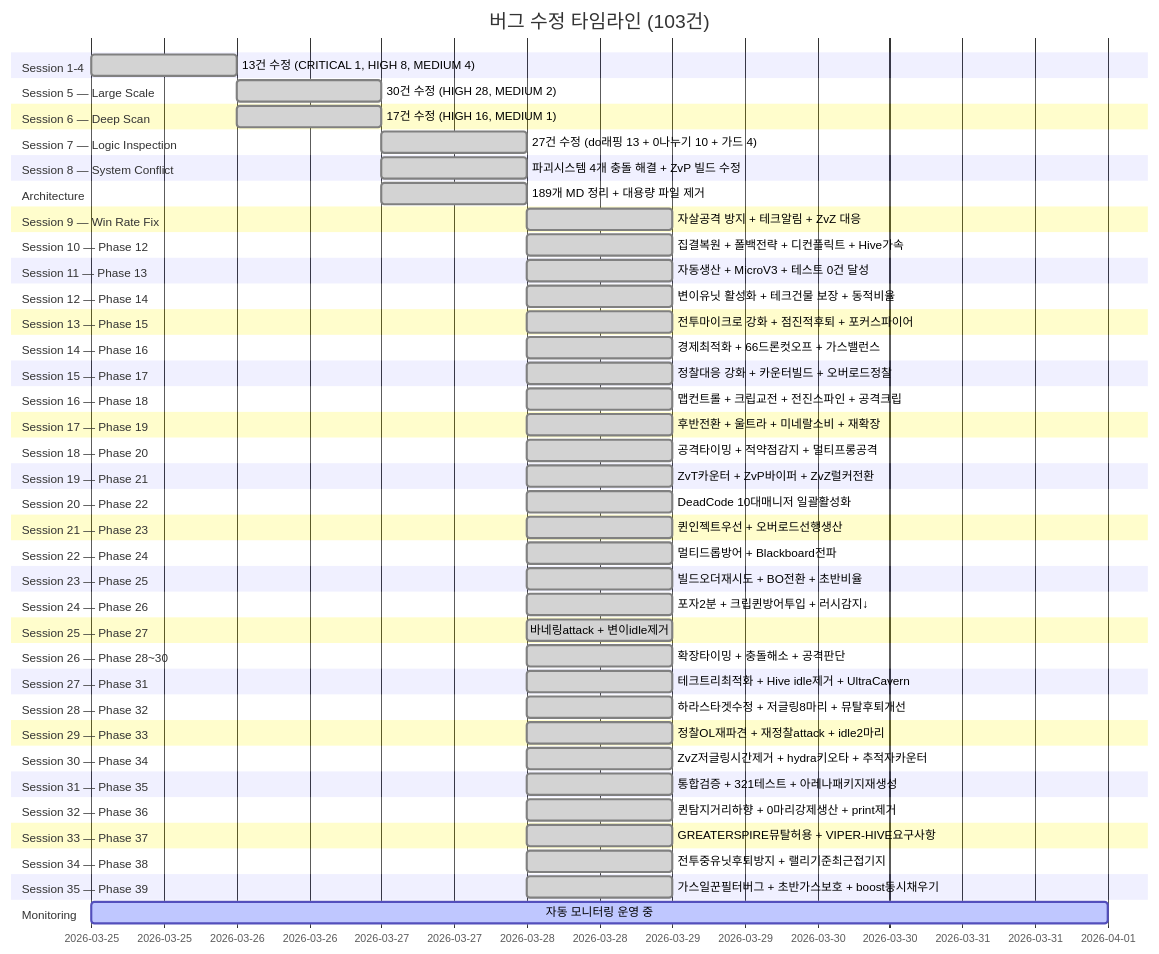
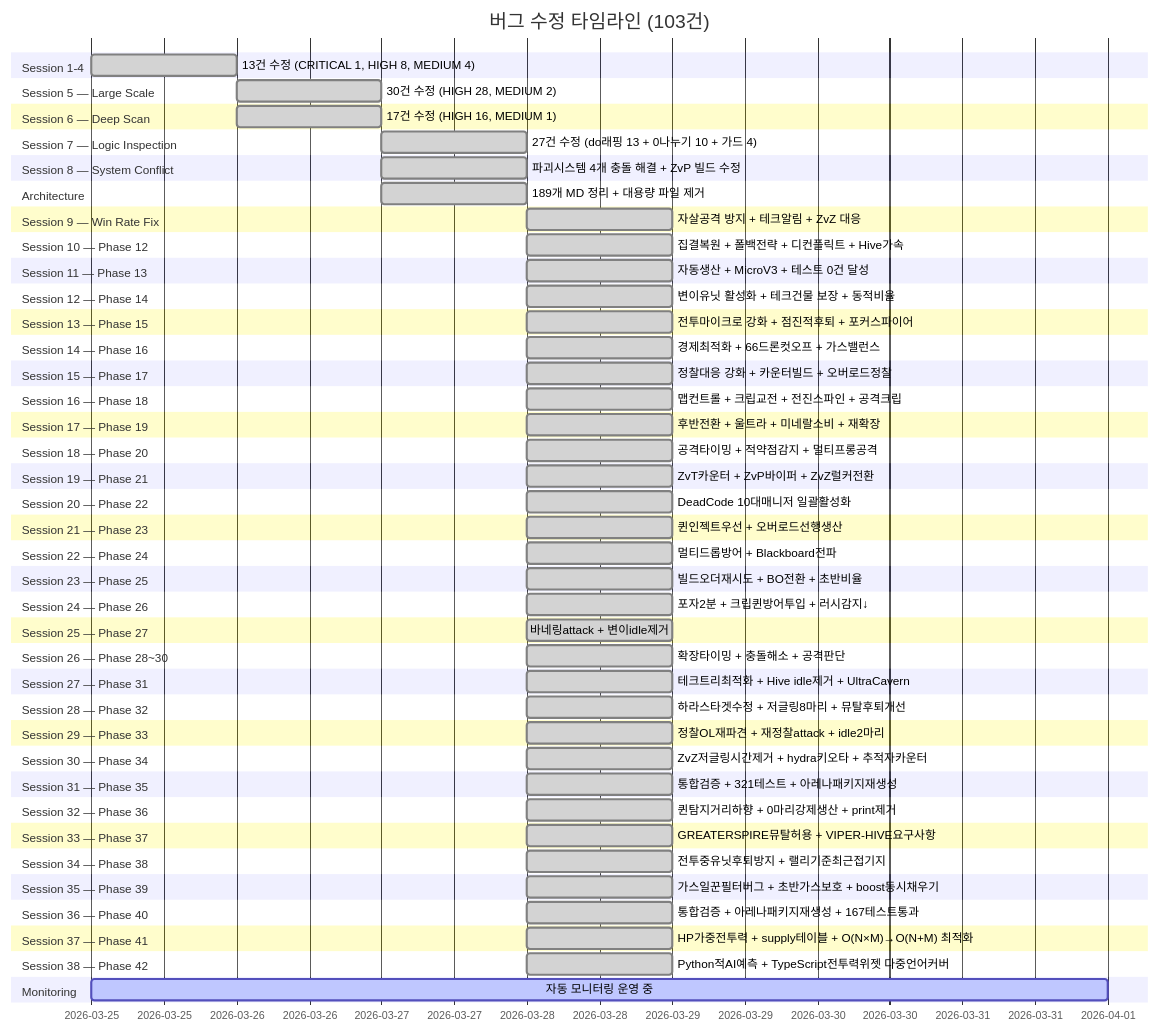
Before and after one commit to sun475300-sudo/Swarm-control-in-sc2bot: diagram 23 of 33 in README.md, drawn with Mermaid. The commit also changed other lines of this file and 4 other files, not shown here.

First line of the commit message:
feat: Phase 40-42 통합검증 + 전투고도화 + 다중언어커버

````diff
--- a/README.md
+++ b/README.md
@@ -633,73 +633,79 @@
 ```mermaid
 gantt
     title 버그 수정 타임라인 (103건)
     dateFormat YYYY-MM-DD
     section Session 1-4
         13건 수정 (CRITICAL 1, HIGH 8, MEDIUM 4)   :done, s1, 2026-03-25, 1d
     section Session 5 — Large Scale
         30건 수정 (HIGH 28, MEDIUM 2)              :done, s5, 2026-03-26, 1d
     section Session 6 — Deep Scan
         17건 수정 (HIGH 16, MEDIUM 1)              :done, s6, 2026-03-26, 1d
     section Session 7 — Logic Inspection
         27건 수정 (do래핑 13 + 0나누기 10 + 가드 4) :done, s7, 2026-03-27, 1d
     section Session 8 — System Conflict
         파괴시스템 4개 충돌 해결 + ZvP 빌드 수정    :done, s8, 2026-03-27, 1d
     section Architecture
         189개 MD 정리 + 대용량 파일 제거            :done, s9, 2026-03-27, 1d
     section Session 9 — Win Rate Fix
         자살공격 방지 + 테크알림 + ZvZ 대응         :done, s10, 2026-03-28, 1d
     section Session 10 — Phase 12
         집결복원 + 폴백전략 + 디컨플릭트 + Hive가속 :done, s11, 2026-03-28, 1d
     section Session 11 — Phase 13
         자동생산 + MicroV3 + 테스트 0건 달성       :done, s12, 2026-03-28, 1d
     section Session 12 — Phase 14
         변이유닛 활성화 + 테크건물 보장 + 동적비율  :done, s13, 2026-03-28, 1d
     section Session 13 — Phase 15
         전투마이크로 강화 + 점진적후퇴 + 포커스파이어 :done, s14, 2026-03-28, 1d
     section Session 14 — Phase 16
         경제최적화 + 66드론컷오프 + 가스밸런스     :done, s15, 2026-03-28, 1d
     section Session 15 — Phase 17
         정찰대응 강화 + 카운터빌드 + 오버로드정찰   :done, s16, 2026-03-28, 1d
     section Session 16 — Phase 18
         맵컨트롤 + 크립교전 + 전진스파인 + 공격크립 :done, s17, 2026-03-28, 1d
     section Session 17 — Phase 19
         후반전환 + 울트라 + 미네랄소비 + 재확장    :done, s18, 2026-03-28, 1d
     section Session 18 — Phase 20
         공격타이밍 + 적약점감지 + 멀티프롱공격     :done, s19, 2026-03-28, 1d
     section Session 19 — Phase 21
         ZvT카운터 + ZvP바이퍼 + ZvZ럴커전환      :done, s20, 2026-03-28, 1d
     section Session 20 — Phase 22
         DeadCode 10대매니저 일괄활성화            :done, s21, 2026-03-28, 1d
     section Session 21 — Phase 23
         퀸인젝트우선 + 오버로드선행생산          :done, s22, 2026-03-28, 1d
     section Session 22 — Phase 24
         멀티드롭방어 + Blackboard전파           :done, s23, 2026-03-28, 1d
     section Session 23 — Phase 25
         빌드오더재시도 + BO전환 + 초반비율     :done, s24, 2026-03-28, 1d
     section Session 24 — Phase 26
         포자2분 + 크립퀸방어투입 + 러시감지↓  :done, s25, 2026-03-28, 1d
     section Session 25 — Phase 27
         바네링attack + 변이idle제거         :done, s26, 2026-03-28, 1d
     section Session 26 — Phase 28~30
         확장타이밍 + 충돌해소 + 공격판단   :done, s27, 2026-03-28, 1d
     section Session 27 — Phase 31
         테크트리최적화 + Hive idle제거 + UltraCavern :done, s28, 2026-03-28, 1d
     section Session 28 — Phase 32
         하라스타겟수정 + 저글링8마리 + 뮤탈후퇴개선  :done, s29, 2026-03-28, 1d
     section Session 29 — Phase 33
         정찰OL재파견 + 재정찰attack + idle2마리    :done, s30, 2026-03-28, 1d
     section Session 30 — Phase 34
         ZvZ저글링시간제거 + hydra키오타 + 추적자카운터 :done, s31, 2026-03-28, 1d
     section Session 31 — Phase 35
         통합검증 + 321테스트 + 아레나패키지재생성   :done, s32, 2026-03-28, 1d
     section Session 32 — Phase 36
         퀸탐지거리하향 + 0마리강제생산 + print제거  :done, s33, 2026-03-28, 1d
     section Session 33 — Phase 37
         GREATERSPIRE뮤탈허용 + VIPER-HIVE요구사항  :done, s34, 2026-03-28, 1d
     section Session 34 — Phase 38
         전투중유닛후퇴방지 + 랠리기준최근접기지   :done, s35, 2026-03-28, 1d
     section Session 35 — Phase 39
         가스일꾼필터버그 + 초반가스보호 + boost동시채우기   :done, s36, 2026-03-28, 1d
+    section Session 36 — Phase 40
+        통합검증 + 아레나패키지재생성 + 167테스트통과   :done, s37, 2026-03-28, 1d
+    section Session 37 — Phase 41
+        HP가중전투력 + supply테이블 + O(N×M)→O(N+M) 최적화   :done, s38, 2026-03-28, 1d
+    section Session 38 — Phase 42
+        Python적AI예측 + TypeScript전투력위젯 다중언어커버   :done, s39, 2026-03-28, 1d
     section Monitoring
         자동 모니터링 운영 중                        :active, mon, 2026-03-25, 7d
 ```
````
